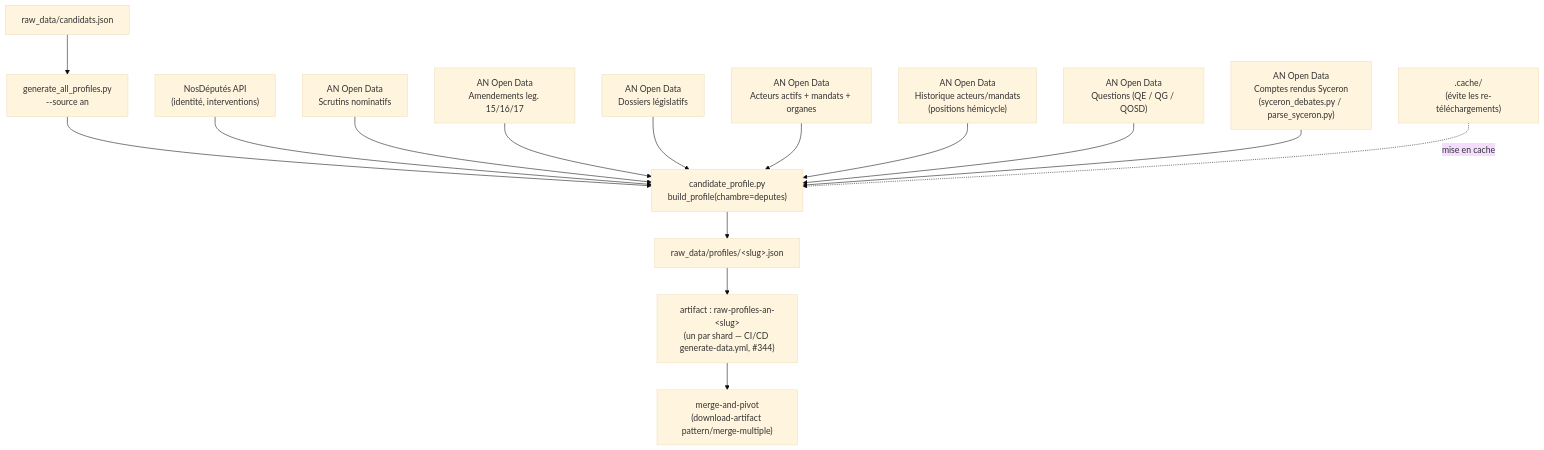
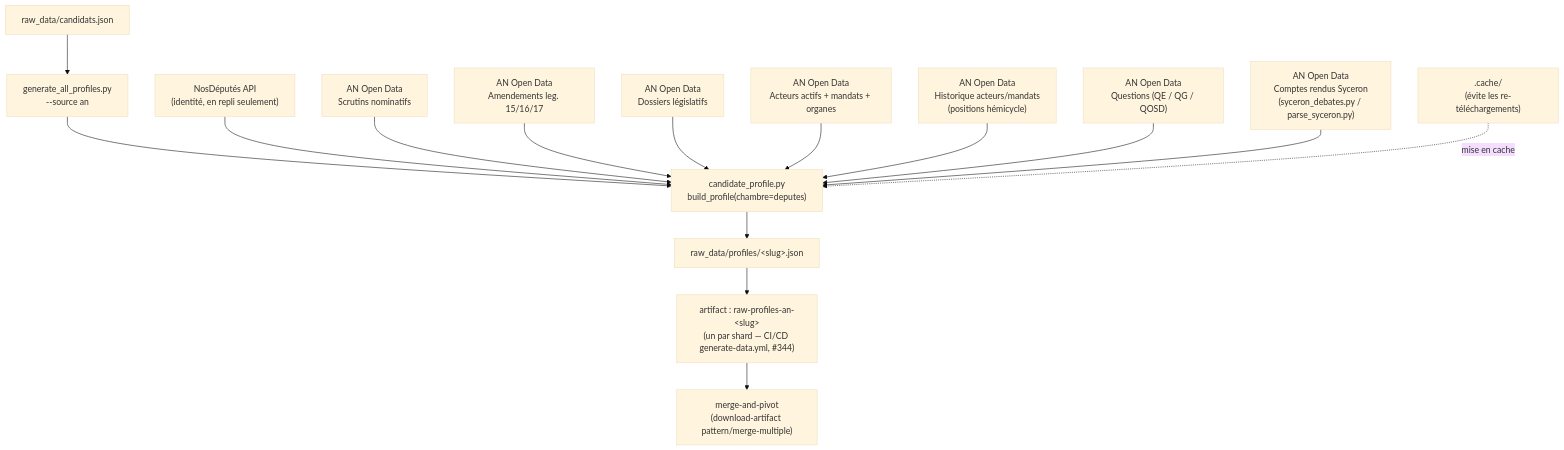
Before and after one commit to stephieED/Empreinte-politique-src: the diagram in docs/extract-an.md, drawn with Mermaid (base theme). The commit also changed other lines of this file and 15 other files, not shown here.

````diff
--- a/docs/extract-an.md
+++ b/docs/extract-an.md
@@ -34,21 +34,21 @@
 ```mermaid
 flowchart TD
     A["raw_data/candidats.json"] --> B["generate_all_profiles.py\n--source an"]
 
     B --> C["candidate_profile.py\nbuild_profile(chambre=deputes)"]
 
-    ND["NosDéputés API\n(identité, interventions)"] --> C
+    ND["NosDéputés API\n(identité, en repli seulement)"] --> C
     AN1["AN Open Data\nScrutins nominatifs"] --> C
     AN2["AN Open Data\nAmendements leg. 15/16/17"] --> C
     AN3["AN Open Data\nDossiers législatifs"] --> C
     AN4["AN Open Data\nActeurs actifs + mandats + organes"] --> C
     AN5["AN Open Data\nHistorique acteurs/mandats\n(positions hémicycle)"] --> C
     AN6["AN Open Data\nQuestions (QE / QG / QOSD)"] --> C
     SYC["AN Open Data\nComptes rendus Syceron\n(syceron_debates.py / parse_syceron.py)"] --> C
 
     CACHE[".cache/\n(évite les re-téléchargements)"] -. mise en cache .-> C
 
     C --> D["raw_data/profiles/&lt;slug&gt;.json"]
     D --> E["artifact : raw-profiles-an-&lt;slug&gt;\n(un par shard — CI/CD generate-data.yml, #344)"]
     E --> F["merge-and-pivot\n(download-artifact pattern/merge-multiple)"]
 ```
````
